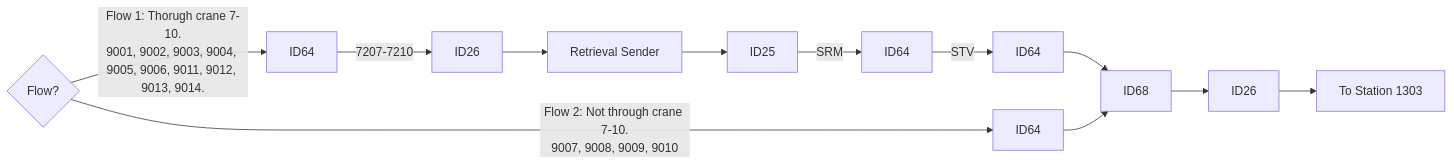
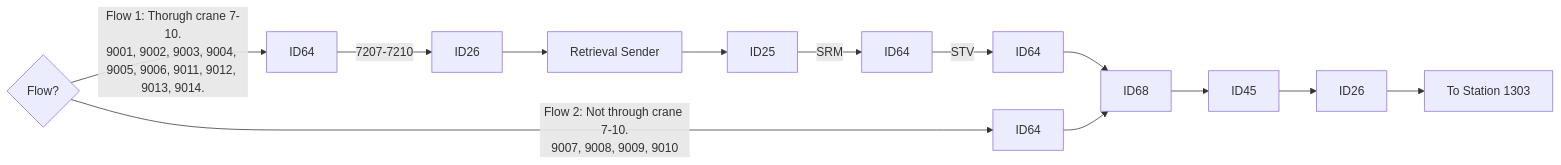
Before and after one commit to luthfiadityaa/SimeDarby-Wiki: the second of 18 diagrams in Basic-Design/DFD-WMS/Retrieval/QC-Setting/Retrieval-for-QC-Start.md, drawn with Mermaid.

Commit message:
Updated Retrieval for QC Start

```diff
--- a/Basic-Design/DFD-WMS/Retrieval/QC-Setting/Retrieval-for-QC-Start.md
+++ b/Basic-Design/DFD-WMS/Retrieval/QC-Setting/Retrieval-for-QC-Start.md
@@ -16,10 +16,10 @@
 ::: mermaid
 flowchart LR
 
 Cond1{Flow?} 
 
 Cond1{Flow?}--> |Flow 1: Thorugh crane 7-10.
 9001, 9002, 9003, 9004, 9005, 9006, 9011, 9012, 9013, 9014.| P5[ID64]--> |7207-7210| P8[ID26]-->P9[Retrieval Sender]-->P10[ID25]--> |SRM| P11[ID64]--> |STV| P12[ID64]--> P7[ID68]
 Cond1{Flow?}--> |Flow 2: Not through crane 7-10.
-9007, 9008, 9009, 9010| P6[ID64]--> P7[ID68]-->P81[ID26]-->P13[To Station 1303]
+9007, 9008, 9009, 9010| P6[ID64]--> P7[ID68]-->P71[ID45]-->P81[ID26]-->P13[To Station 1303]
 :::
```
